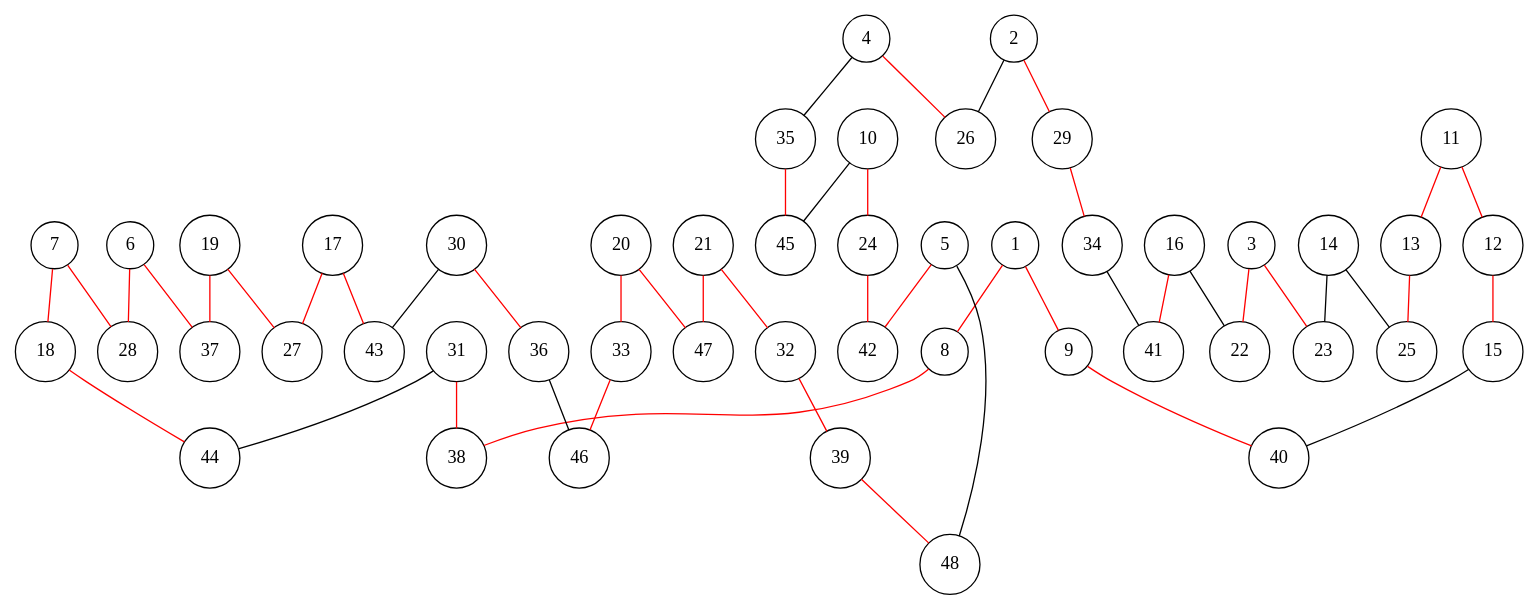
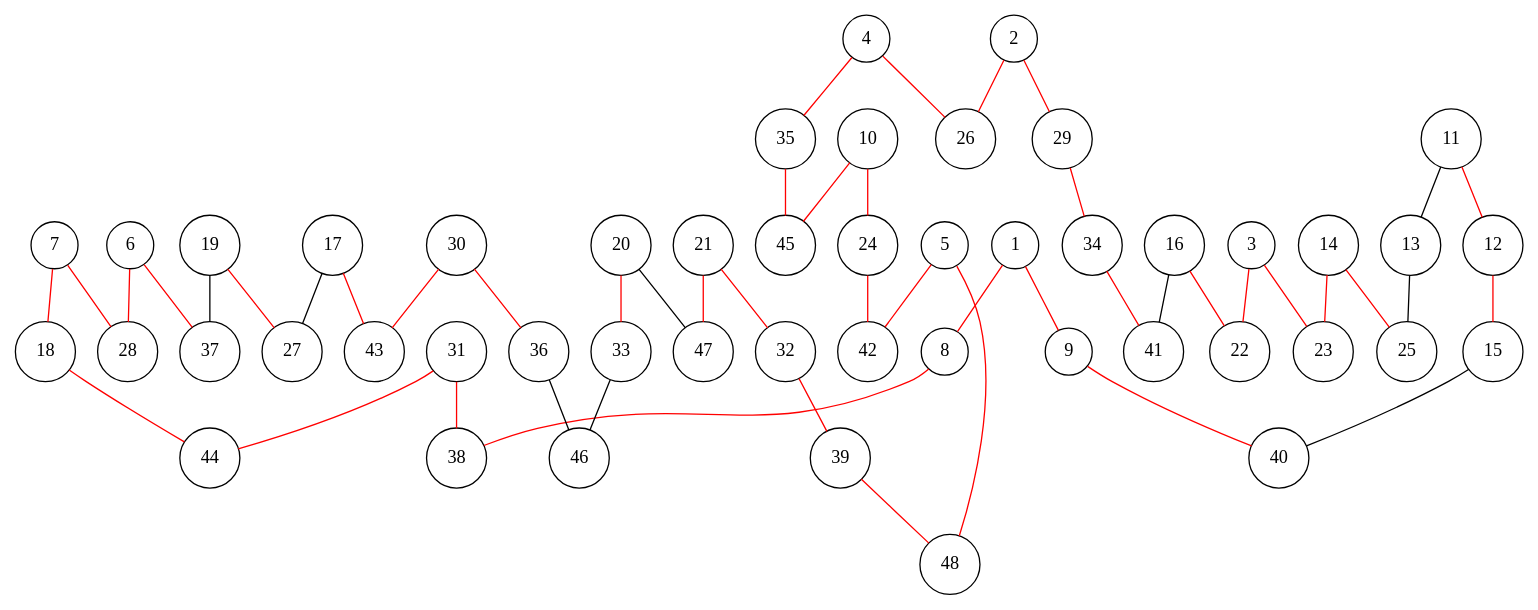
One commit to lugot/tsp-approximation changed the diagram in data_tsplib/att48/att48.1.dot. Above: the diagram before and after it, drawn with Graphviz. The commit also changed 38 other files, not shown here.

```diff
--- a/data_tsplib/att48/att48.1.dot
+++ b/data_tsplib/att48/att48.1.dot
@@ -1,100 +1,100 @@
 graph att48 {
 	node [shape=circle fillcolor=white]
 	1 [ pos = "17.351198,3.743880!"]
 	2 [ pos = "5.753672,0.025767!"]
 	3 [ pos = "14.248905,3.669157!"]
 	4 [ pos = "1.033239,2.166967!"]
 	5 [ pos = "7.941252,4.236022!"]
 	6 [ pos = "19.603195,11.486730!"]
 	7 [ pos = "19.513012,9.574852!"]
 	8 [ pos = "18.719402,3.267199!"]
 	9 [ pos = "17.773770,4.856996!"]
 	10 [ pos = "2.865241,5.279567!"]
 	11 [ pos = "14.089152,6.714764!"]
 	12 [ pos = "15.431590,7.402731!"]
 	13 [ pos = "12.125741,6.889977!"]
 	14 [ pos = "11.883535,5.243494!"]
 	15 [ pos = "16.354032,6.913167!"]
 	16 [ pos = "15.735635,1.723783!"]
 	17 [ pos = "19.610925,13.357382!"]
 	18 [ pos = "19.227003,9.250193!"]
 	19 [ pos = "19.922700,12.169544!"]
 	20 [ pos = "15.202267,9.175470!"]
 	21 [ pos = "11.551147,8.680752!"]
 	22 [ pos = "15.720175,2.860088!"]
 	23 [ pos = "13.396032,5.622262!"]
 	24 [ pos = "4.207678,7.237825!"]
 	25 [ pos = "11.097655,5.982994!"]
 	26 [ pos = "1.739242,2.592115!"]
 	27 [ pos = "19.466632,12.416903!"]
 	28 [ pos = "19.430559,10.257666!"]
 	29 [ pos = "8.186035,1.947952!"]
 	30 [ pos = "18.943571,11.610410!"]
 	31 [ pos = "19.440866,7.217212!"]
 	32 [ pos = "8.361247,8.515846!"]
 	33 [ pos = "16.557588,8.175728!"]
 	34 [ pos = "11.873229,3.086833!"]
 	35 [ pos = "0.059263,5.709869!"]
 	36 [ pos = "18.675599,9.737181!"]
 	37 [ pos = "20.000000,11.839732!"]
 	38 [ pos = "19.046637,5.782015!"]
 	39 [ pos = "8.977068,7.289358!"]
 	40 [ pos = "16.158207,5.501159!"]
 	41 [ pos = "12.844628,0.360732!"]
 	42 [ pos = "4.936872,4.042772!"]
 	43 [ pos = "18.758052,12.623035!"]
 	44 [ pos = "19.348106,8.345787!"]
 	45 [ pos = "0.025767,6.895130!"]
 	46 [ pos = "17.539294,7.711930!"]
 	47 [ pos = "13.359959,8.394744!"]
 	48 [ pos = "7.789230,5.003865!"]
 
 	1 -- 8 [color = red]
 	1 -- 9 [color = red]
-	2 -- 26 [color = black]
+	2 -- 26 [color = red]
 	2 -- 29 [color = red]
 	3 -- 22 [color = red]
 	3 -- 23 [color = red]
 	4 -- 26 [color = red]
-	4 -- 35 [color = black]
+	4 -- 35 [color = red]
 	5 -- 42 [color = red]
-	5 -- 48 [color = black]
+	5 -- 48 [color = red]
 	6 -- 28 [color = red]
 	6 -- 37 [color = red]
 	7 -- 18 [color = red]
 	7 -- 28 [color = red]
 	8 -- 38 [color = red]
 	9 -- 40 [color = red]
 	10 -- 24 [color = red]
-	10 -- 45 [color = black]
+	10 -- 45 [color = red]
 	11 -- 12 [color = red]
-	11 -- 13 [color = red]
+	11 -- 13 [color = black]
 	12 -- 15 [color = red]
-	13 -- 25 [color = red]
-	14 -- 23 [color = black]
-	14 -- 25 [color = black]
+	13 -- 25 [color = black]
+	14 -- 23 [color = red]
+	14 -- 25 [color = red]
 	15 -- 40 [color = black]
-	16 -- 22 [color = black]
-	16 -- 41 [color = red]
-	17 -- 27 [color = red]
+	16 -- 22 [color = red]
+	16 -- 41 [color = black]
+	17 -- 27 [color = black]
 	17 -- 43 [color = red]
 	18 -- 44 [color = red]
 	19 -- 27 [color = red]
-	19 -- 37 [color = red]
+	19 -- 37 [color = black]
 	20 -- 33 [color = red]
-	20 -- 47 [color = red]
+	20 -- 47 [color = black]
 	21 -- 32 [color = red]
 	21 -- 47 [color = red]
 	24 -- 42 [color = red]
 	29 -- 34 [color = red]
 	30 -- 36 [color = red]
-	30 -- 43 [color = black]
+	30 -- 43 [color = red]
 	31 -- 38 [color = red]
-	31 -- 44 [color = black]
+	31 -- 44 [color = red]
 	32 -- 39 [color = red]
-	33 -- 46 [color = red]
-	34 -- 41 [color = black]
+	33 -- 46 [color = black]
+	34 -- 41 [color = red]
 	35 -- 45 [color = red]
 	36 -- 46 [color = black]
 	39 -- 48 [color = red]
 }
```
